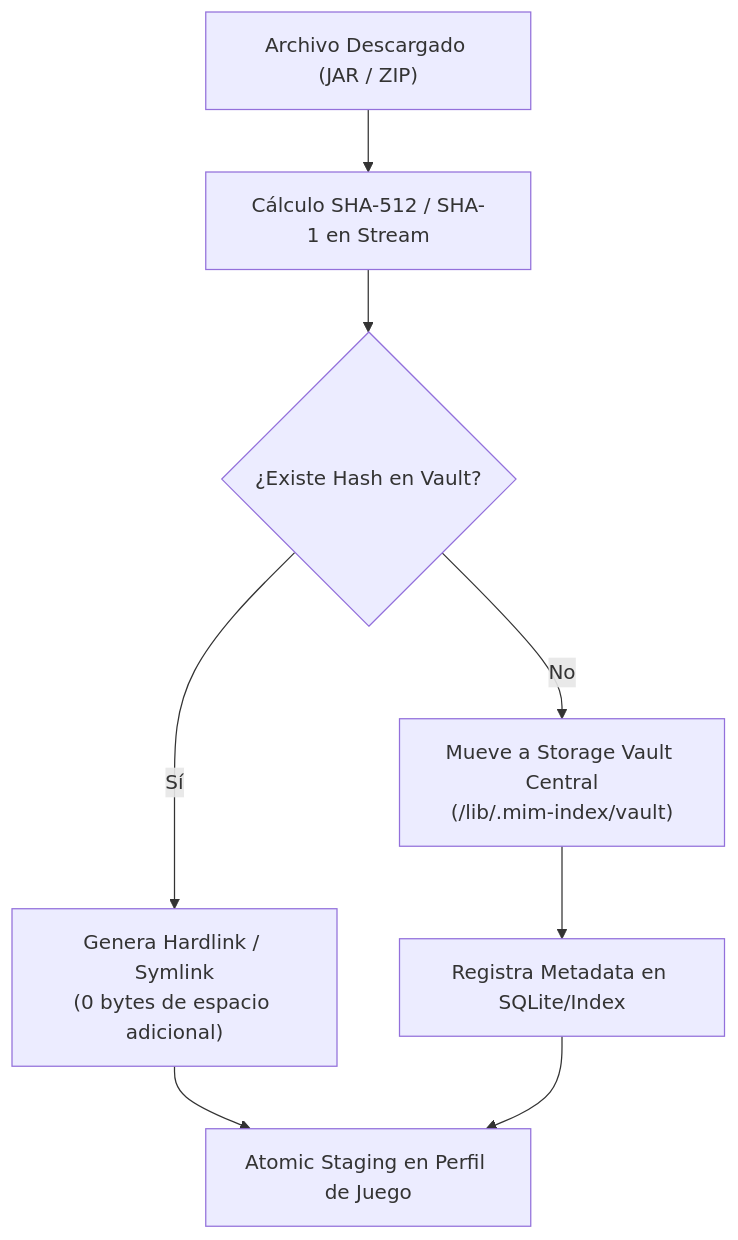
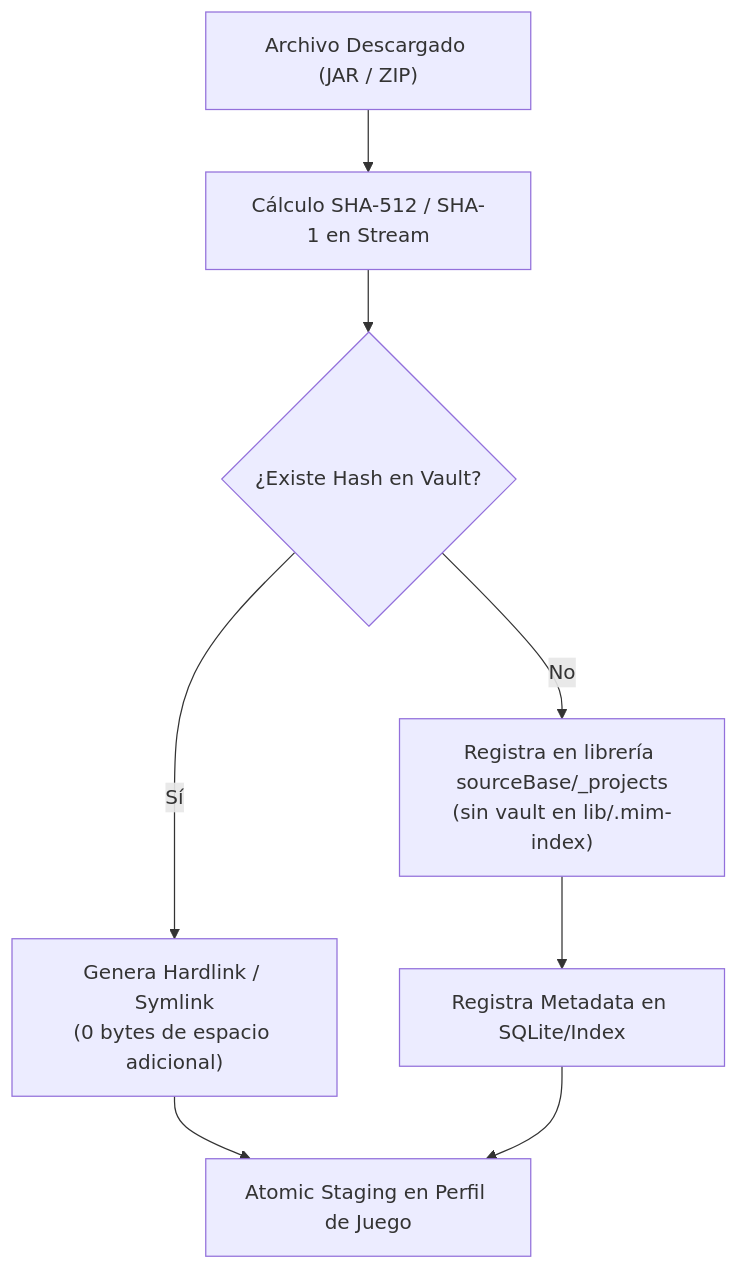
One commit to Ian9Franco/MIM changed the fourth of 4 diagrams in docs/architecture/overview.md. Above: the diagram before and after it, drawn with Mermaid. The commit also changed other lines of this file and 75 other files, not shown here.

````diff
--- a/docs/architecture/overview.md
+++ b/docs/architecture/overview.md
@@ -120,10 +120,10 @@
 ```mermaid
 flowchart TD
     FileIn["Archivo Descargado (JAR / ZIP)"] --> Hash["Cálculo SHA-512 / SHA-1 en Stream"]
     Hash --> DedupeCheck{"¿Existe Hash en Vault?"}
     DedupeCheck -- Sí --> Hardlink["Genera Hardlink / Symlink<br/>(0 bytes de espacio adicional)"]
-    DedupeCheck -- No --> StoreVault["Mueve a Storage Vault Central<br/>(/lib/.mim-index/vault)"]
+    DedupeCheck -- No --> StoreVault["Registra en librería sourceBase/_projects<br/>(sin vault en lib/.mim-index)"]
     StoreVault --> RegisterIndex["Registra Metadata en SQLite/Index"]
     Hardlink --> AtomicStaging["Atomic Staging en Perfil de Juego"]
     RegisterIndex --> AtomicStaging
 ```
````
